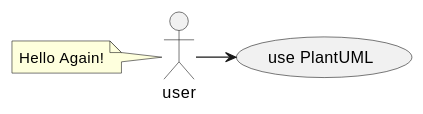
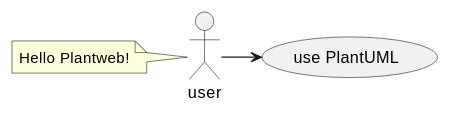
Before and after one commit to 7ojo/perl6-platform: the diagram in docs/source/index.rst, drawn with PlantUML. The commit also changed other lines of this file, not shown here.

Commit message:
docs: index removed static image

```diff
--- a/docs/source/index.rst
+++ b/docs/source/index.rst
@@ -11,9 +11,9 @@
 .. uml::
 
    @startuml
    user -> (use PlantUML)
 
    note left of user
-      Hello Again!
+      Hello Plantweb!
    end note
    @enduml
```
